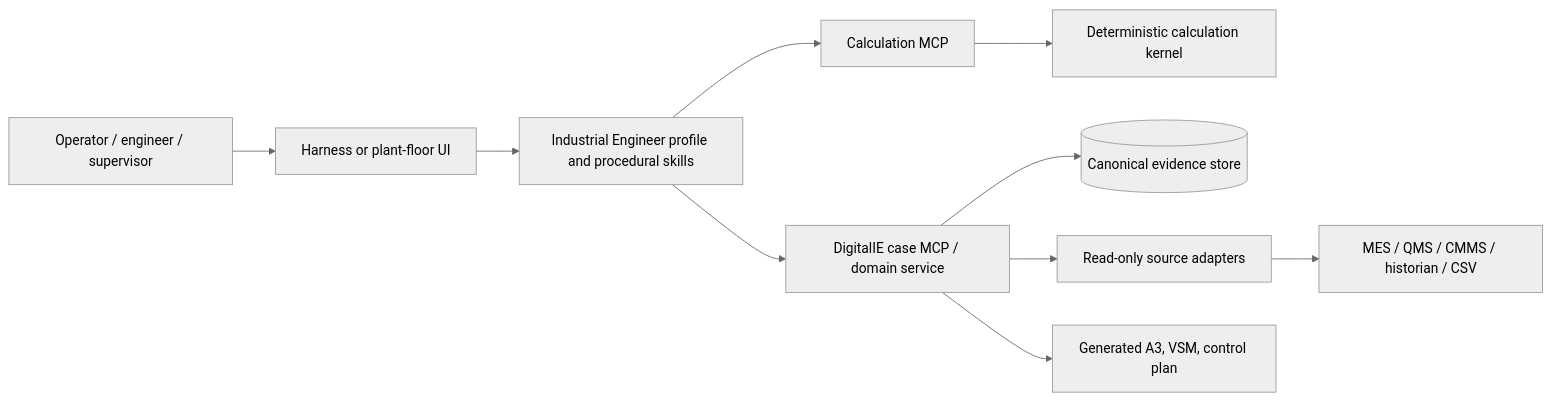
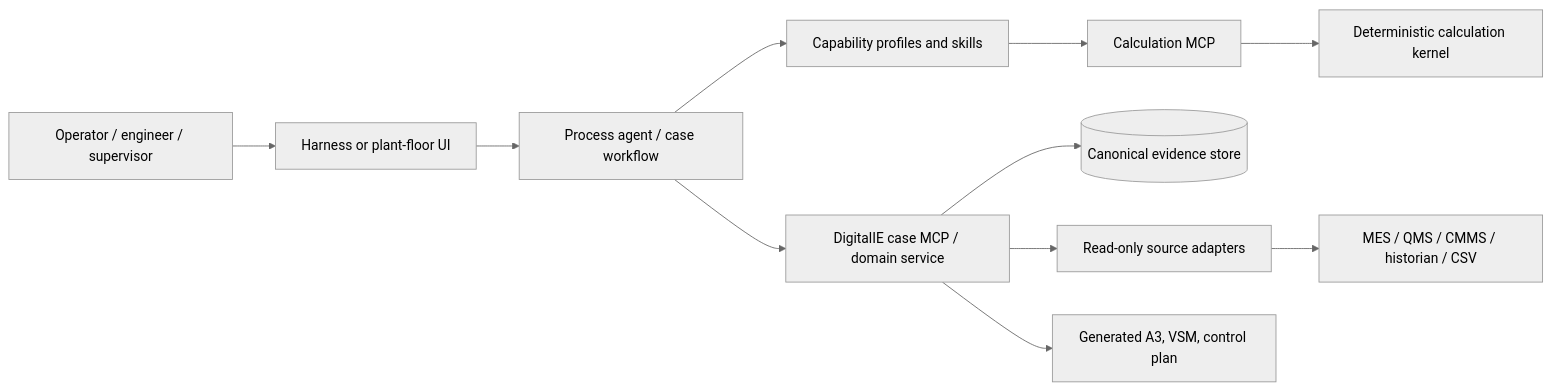
The diagram in docs/reference-architecture.md (tylerbvogel-max/DigitalIE), drawn with Mermaid (neutral theme) before and after one commit. The commit also changed other lines of this file and 29 other files, not shown here.

````diff
--- a/docs/reference-architecture.md
+++ b/docs/reference-architecture.md
@@ -11,12 +11,13 @@
 ```mermaid
 flowchart LR
   U[Operator / engineer / supervisor] --> H[Harness or plant-floor UI]
-  H --> P[Industrial Engineer profile and procedural skills]
+  H --> O[Process agent / case workflow]
+  O --> P[Capability profiles and skills]
   P --> C[Calculation MCP]
   C --> K[Deterministic calculation kernel]
-  P --> M[DigitalIE case MCP / domain service]
+  O --> M[DigitalIE case MCP / domain service]
   M --> D[(Canonical evidence store)]
   M --> A[Read-only source adapters]
   A --> S[MES / QMS / CMMS / historian / CSV]
   M --> R[Generated A3, VSM, control plan]
 ```
````
